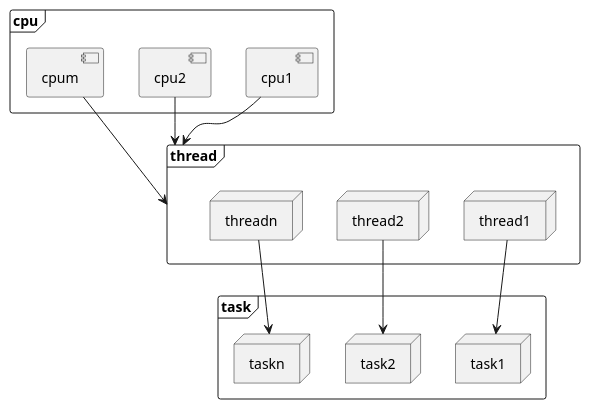
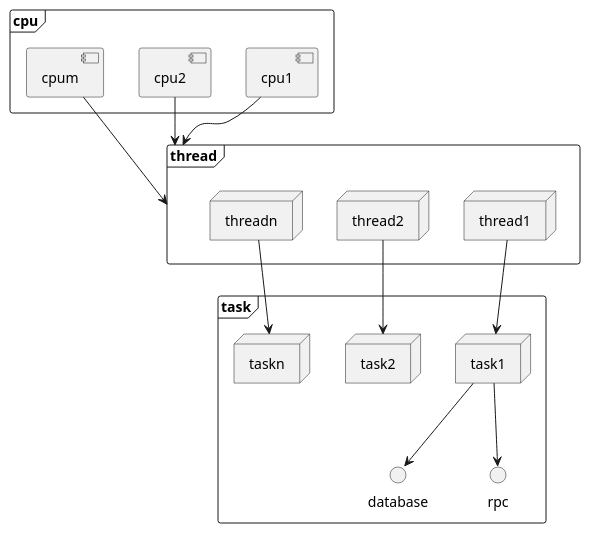
The diagram in assets/plantuml/cpu-switch-block.md (Wang-Ray/Wang-Ray.github.io), drawn with PlantUML before and after one commit. The commit also changed 2 other files, not shown here.

````diff
--- a/assets/plantuml/cpu-switch-block.md
+++ b/assets/plantuml/cpu-switch-block.md
@@ -1,29 +1,34 @@
 ```plantuml
 @startuml
 frame cpu {
     component cpu1
     component cpu2
     component cpum
 }
 
 frame thread {
     node thread1
     node thread2
     node threadn
 }
 
 frame task {
     node task1
     node task2
     node taskn
+    interface database
+    interface rpc
 }
 
 cpu1 --> thread
 cpu2 --> thread
 cpum --> thread
 
 thread1 --> task1
 thread2 --> task2
 threadn --> taskn
+
+task1 --> database
+task1 --> rpc
 @enduml
 ```
````
